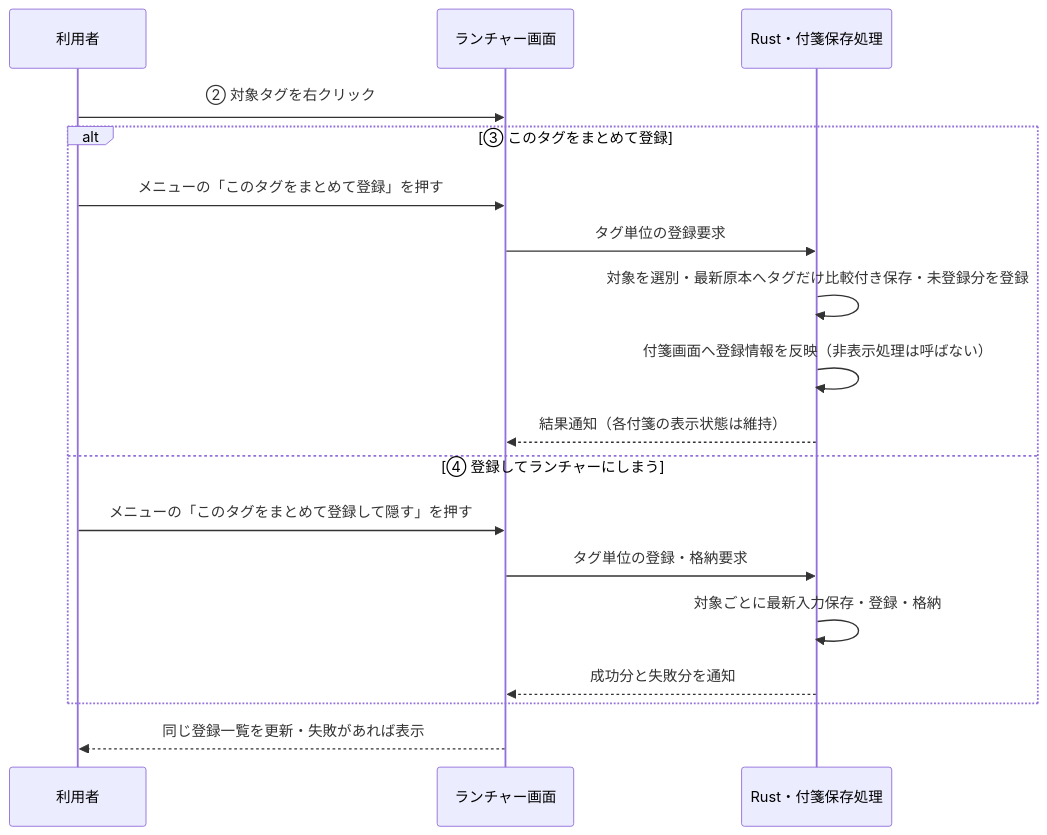
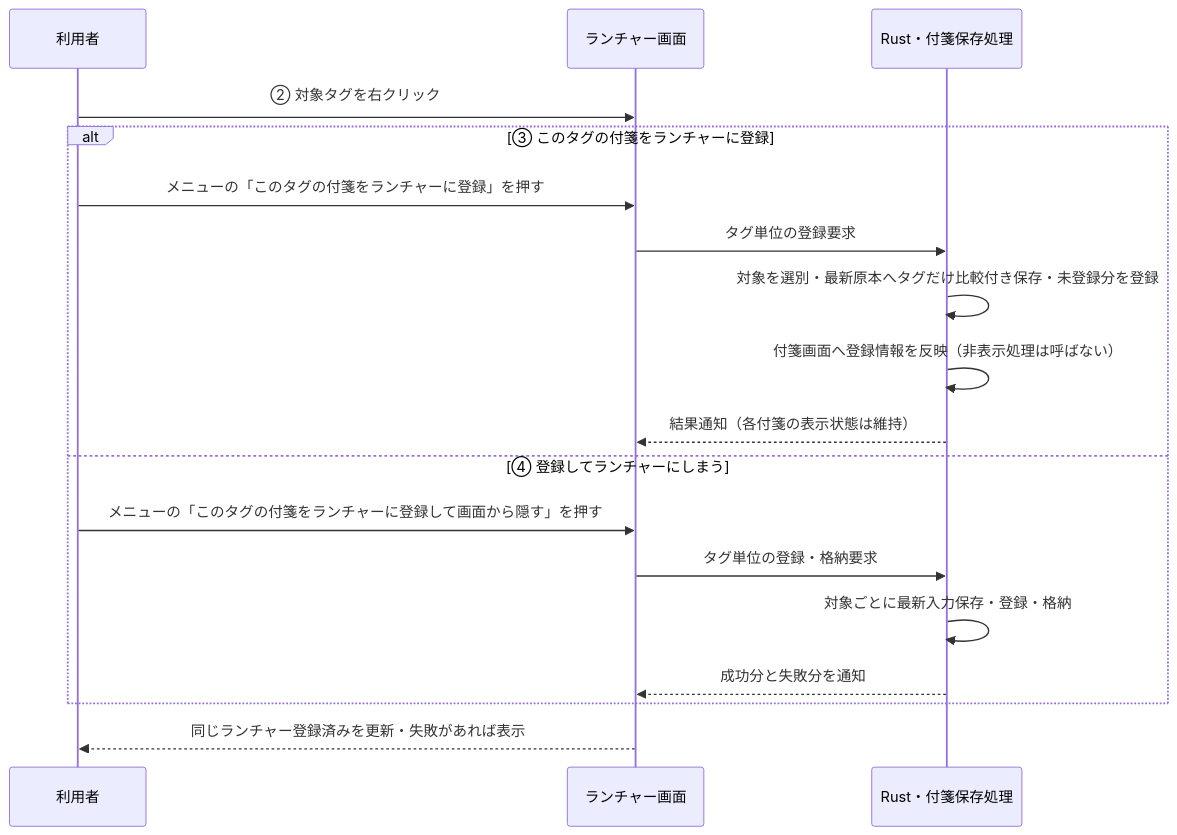
Diagram 19 of 24 in docs-v2/002_PC.md (ore-no-fusen/ore-no-fusen), drawn with Mermaid before and after one commit. The commit also changed other lines of this file and 43 other files, not shown here.

````diff
--- a/docs-v2/002_PC.md
+++ b/docs-v2/002_PC.md
@@ -1763,20 +1765,20 @@
 ```mermaid
 sequenceDiagram
     participant U as 利用者
     participant L as ランチャー画面
     participant R as Rust・付箋保存処理
     U->>L: ② 対象タグを右クリック
-    alt ③ このタグをまとめて登録
-        U->>L: メニューの「このタグをまとめて登録」を押す
+    alt ③ このタグの付箋をランチャーに登録
+        U->>L: メニューの「このタグの付箋をランチャーに登録」を押す
         L->>R: タグ単位の登録要求
         R->>R: 対象を選別・最新原本へタグだけ比較付き保存・未登録分を登録
         R->>R: 付箋画面へ登録情報を反映（非表示処理は呼ばない）
         R-->>L: 結果通知（各付箋の表示状態は維持）
     else ④ 登録してランチャーにしまう
-        U->>L: メニューの「このタグをまとめて登録して隠す」を押す
+        U->>L: メニューの「このタグの付箋をランチャーに登録して画面から隠す」を押す
         L->>R: タグ単位の登録・格納要求
         R->>R: 対象ごとに最新入力保存・登録・格納
         R-->>L: 成功分と失敗分を通知
     end
-    L-->>U: 同じ登録一覧を更新・失敗があれば表示
+    L-->>U: 同じランチャー登録済みを更新・失敗があれば表示
 ```
````
